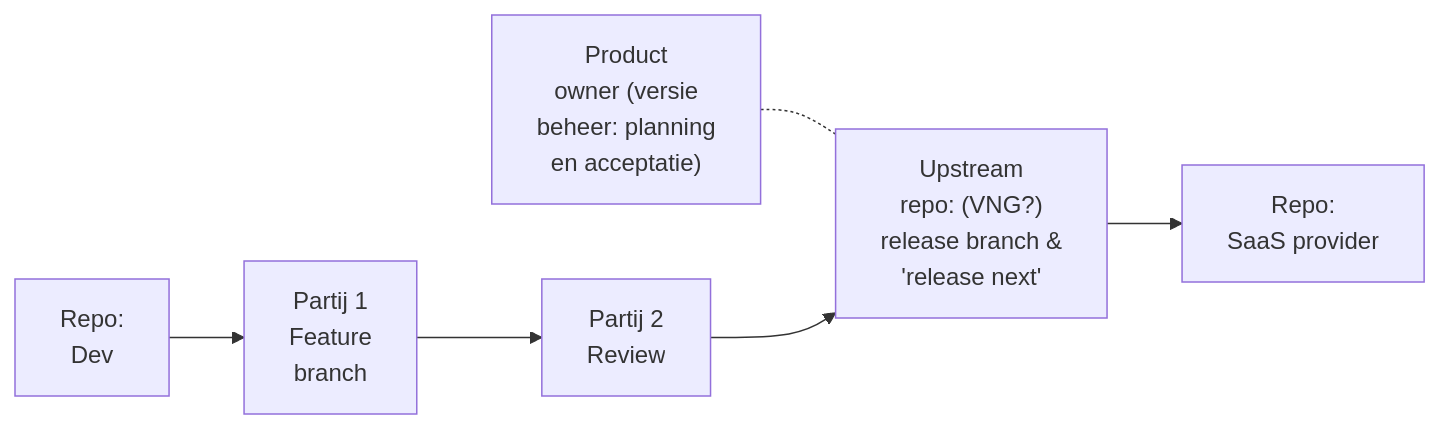
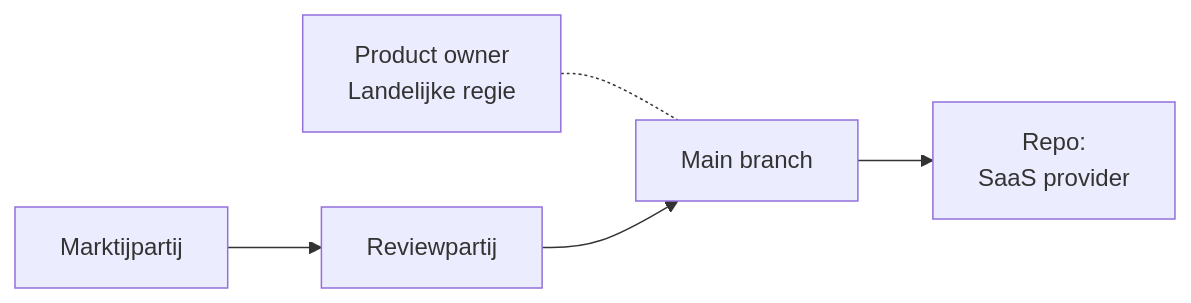
Before and after one commit to open-zaak/samenwerken: the third of 3 diagrams in docs/inkoop-richtlijnen-OpenZaak.md, drawn with Mermaid. The commit also changed other lines of this file, not shown here.

Commit message:
updates ecosystem diagrams

````diff
--- a/docs/inkoop-richtlijnen-OpenZaak.md
+++ b/docs/inkoop-richtlijnen-OpenZaak.md
@@ -57,17 +53,15 @@
 ```mermaid
 graph LR
     %% Nodes
-    Dev1["Repo:<br/>Dev"]
-    FeatP1["Partij 1<br/>Feature<br/>branch"]
-    ReviewP2["Partij 2<br/>Review"]
-    Upstream["Upstream<br/>repo: (VNG?)<br/>release branch &<br/>'release next'"]
-    PO["Product<br/>owner (versie<br/>beheer: planning<br/>en acceptatie)"]
+    Dev1["Marktijpartij"]
+    ReviewP2["Reviewpartij"]
+    Upstream["Main branch"]
+    PO["Product owner<br/>Landelijke regie"]
     SaaS["Repo:<br/>SaaS provider"]
 
     %% Connections
     PO -.- Upstream
-    Dev1 --> FeatP1
-    FeatP1 --> ReviewP2
+    Dev1 --> ReviewP2
     ReviewP2 --> Upstream
     Upstream --> SaaS
 ```
````
